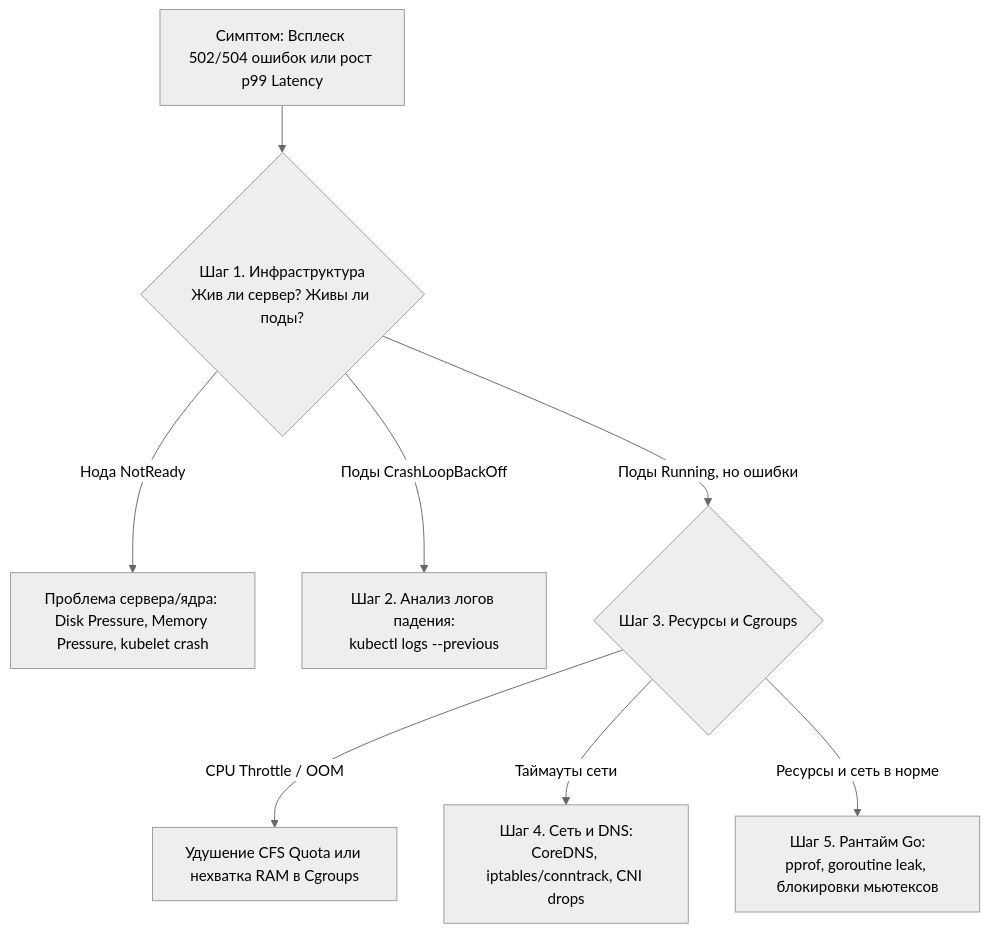
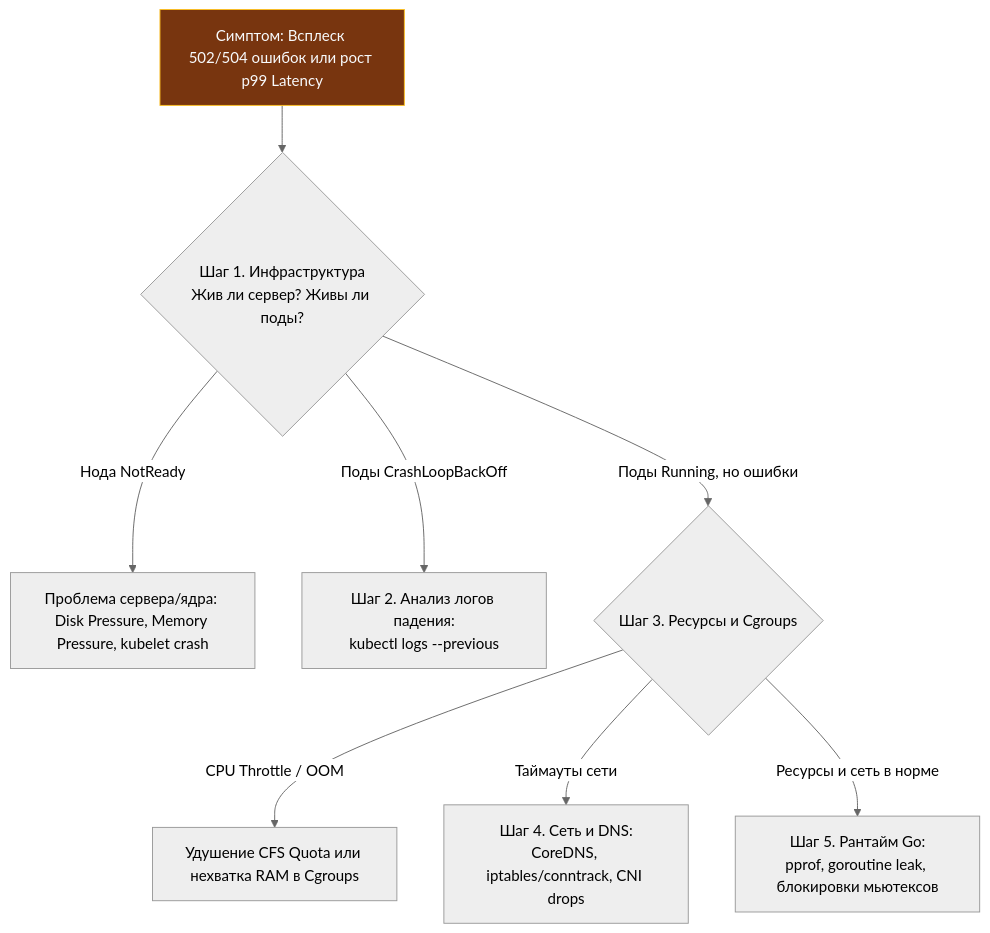
One commit to UnrealTemplier/go-textbook changed the first of 3 diagrams in sources/19. Инфраструктура. Linux, nginx, Docker, Kubernetes/05. Практика/6. Troubleshooting продакшена.md. Above: the diagram before and after it, drawn with Mermaid (neutral theme). The commit also changed other lines of this file and 1666 other files, not shown here.

First line of the commit message:
feat(mermaid): add semantic color classDef to 1369 colorless flowchart/graph diagrams

````diff
--- a/sources/19. Инфраструктура. Linux, nginx, Docker, Kubernetes/05. Практика/6. Troubleshooting продакшена.md
+++ b/sources/19. Инфраструктура. Linux, nginx, Docker, Kubernetes/05. Практика/6. Troubleshooting продакшена.md
@@ -17,12 +17,22 @@
 ```mermaid
 flowchart TD
-    Symptom["Симптом: Всплеск 502/504 ошибок или рост p99 Latency"] --> Step1{"Шаг 1. Инфраструктура<br>Жив ли сервер? Живы ли поды?"}
+    classDef process  fill:#1e293b,stroke:#38bdf8,stroke-width:1px,color:#f8fafc
+    classDef success  fill:#064e3b,stroke:#34d399,stroke-width:1px,color:#f8fafc
+    classDef error    fill:#7f1d1d,stroke:#f87171,stroke-width:1px,color:#f8fafc
+    classDef warning  fill:#78350f,stroke:#fbbf24,stroke-width:1px,color:#f8fafc
+    classDef entry    fill:#1e3a5f,stroke:#38bdf8,stroke-width:2px,color:#f8fafc
+    classDef aux      fill:#334155,stroke:#64748b,stroke-width:1px,color:#f8fafc
+    classDef system   fill:#312e81,stroke:#a78bfa,stroke-width:1px,color:#f8fafc
+    classDef data     fill:#132d29,stroke:#2dd4bf,stroke-width:1px,color:#f8fafc
+    classDef network  fill:#881337,stroke:#fb7185,stroke-width:1px,color:#f8fafc
+    classDef accent   fill:#1e1b4b,stroke:#818cf8,stroke-width:1px,color:#f8fafc
+    Symptom["Симптом: Всплеск 502/504 ошибок или рост p99 Latency"]:::warning --> Step1{"Шаг 1. Инфраструктура<br>Жив ли сервер? Живы ли поды?"}
     
     Step1 -->|"Нода NotReady"| NodeFail["Проблема сервера/ядра: Disk Pressure, Memory Pressure, kubelet crash"]
     Step1 -->|"Поды CrashLoopBackOff"| PodCrash["Шаг 2. Анализ логов падения:<br>kubectl logs --previous"]
     Step1 -->|"Поды Running, но ошибки"| Step3{"Шаг 3. Ресурсы и Cgroups"}
     
     Step3 -->|"CPU Throttle / OOM"| ResourceIssue["Удушение CFS Quota или нехватка RAM в Cgroups"]
     Step3 -->|"Таймауты сети"| Step4["Шаг 4. Сеть и DNS:<br>CoreDNS, iptables/conntrack, CNI drops"]
     Step3 -->|"Ресурсы и сеть в норме"| Step5["Шаг 5. Рантайм Go:<br>pprof, goroutine leak, блокировки мьютексов"]
 ```
````
